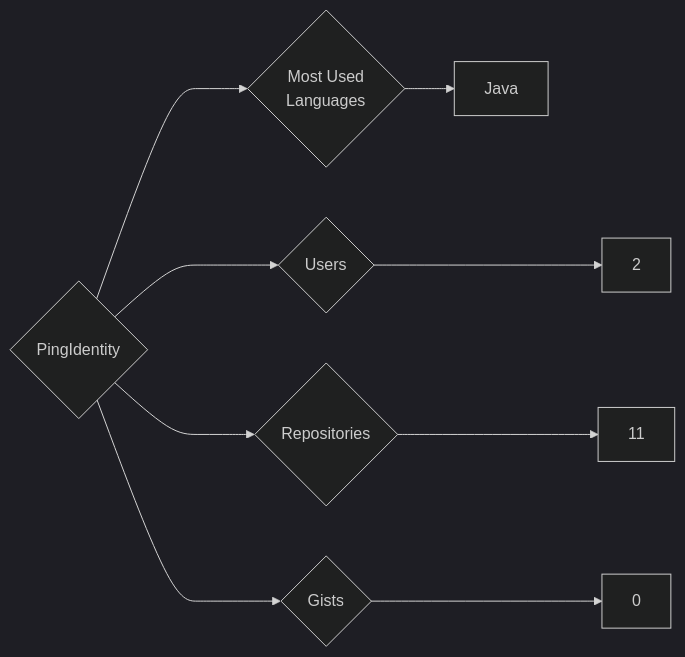
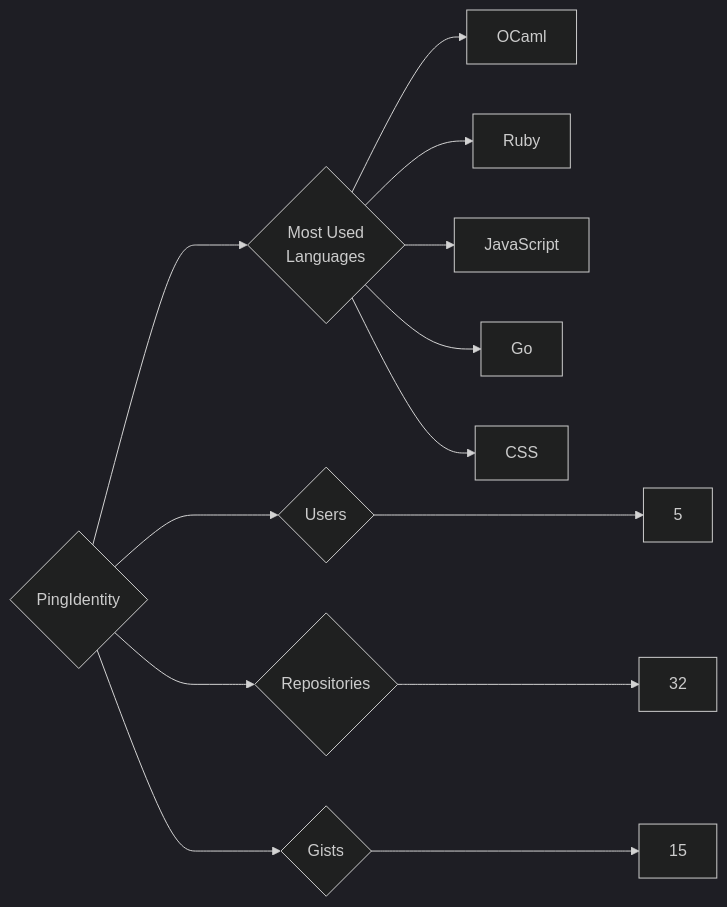
Before and after one commit to trickest/insiders: the diagram in targets/PingIdentity/README.md, drawn with Mermaid (dark theme). The commit also changed 1696 other files, not shown here.

````diff
--- a/targets/PingIdentity/README.md
+++ b/targets/PingIdentity/README.md
@@ -3,9 +3,13 @@
 ```mermaid
 graph LR
 COMPANY_NAME{PingIdentity}
-COMPANY_NAME ---> U{Users} ---> UN[2]
-COMPANY_NAME ---> R{Repositories} ---> RN[11]
-COMPANY_NAME ---> G{Gists} ---> GN[0]
+COMPANY_NAME ---> U{Users} ---> UN[5]
+COMPANY_NAME ---> R{Repositories} ---> RN[32]
+COMPANY_NAME ---> G{Gists} ---> GN[15]
 COMPANY_NAME ---> ML{Most Used<br>Languages}
-ML --> Java[Java]
+ML --> OCaml[OCaml]
+ML --> Ruby[Ruby]
+ML --> JavaScript[JavaScript]
+ML --> Go[Go]
+ML --> CSS[CSS]
 ```
````
